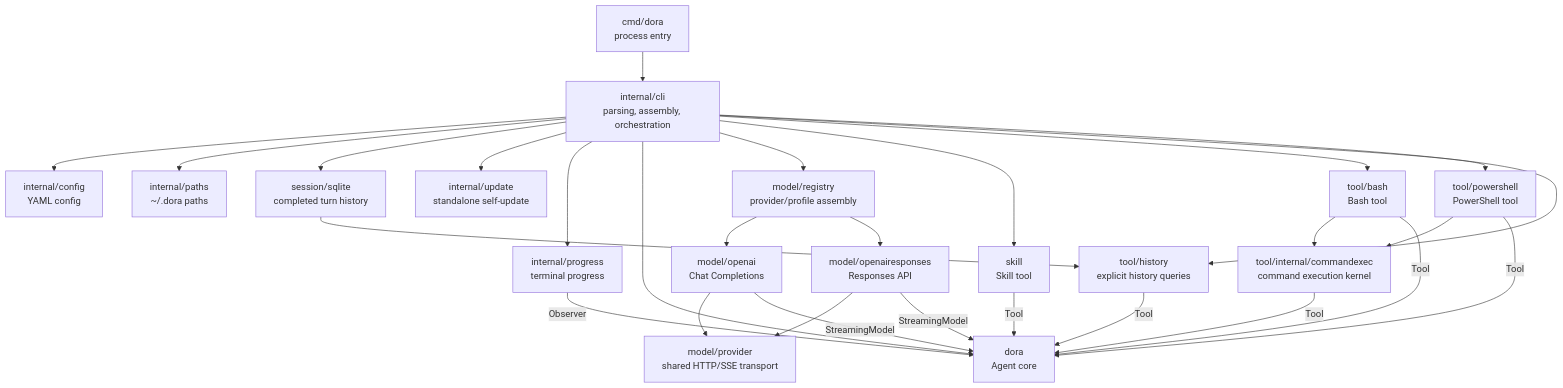
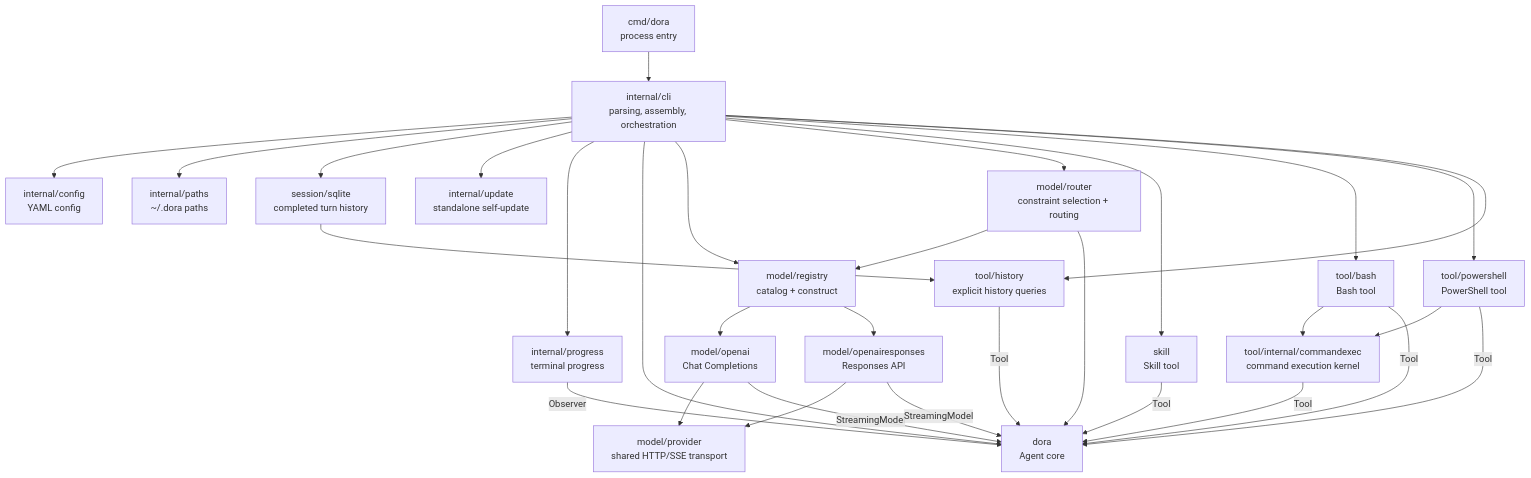
Before and after one commit to lgxz/dora: the first of 2 diagrams in docs/architecture.md, drawn with Mermaid. The commit also changed other lines of this file and 1 other file, not shown here.

First line of the commit message:
docs: update architecture and example for router/policy/session

````diff
--- a/docs/architecture.md
+++ b/docs/architecture.md
@@ -17,33 +17,36 @@
 ```mermaid
 flowchart TD
     Main["cmd/dora<br/>process entry"] --> CLI["internal/cli<br/>parsing, assembly, orchestration"]
 
     CLI --> Config["internal/config<br/>YAML config"]
     CLI --> Paths["internal/paths<br/>~/.dora paths"]
     CLI --> Session["session/sqlite<br/>completed turn history"]
     CLI --> Update["internal/update<br/>standalone self-update"]
     CLI --> Progress["internal/progress<br/>terminal progress"]
     CLI --> Core["dora<br/>Agent core"]
-    CLI --> Registry["model/registry<br/>provider/profile assembly"]
+    CLI --> Registry["model/registry<br/>catalog + construct"]
+    CLI --> Router["model/router<br/>constraint selection + routing"]
     CLI --> Skill["skill<br/>Skill tool"]
     CLI --> Bash["tool/bash<br/>Bash tool"]
     CLI --> PowerShell["tool/powershell<br/>PowerShell tool"]
     CLI --> History["tool/history<br/>explicit history queries"]
 
     Registry --> OpenAI["model/openai<br/>Chat Completions"]
     Registry --> Responses["model/openairesponses<br/>Responses API"]
+    Router --> Registry
+    Router --> Core
     OpenAI --> Provider["model/provider<br/>shared HTTP/SSE transport"]
     Responses --> Provider
     Bash --> CommandExec["tool/internal/commandexec<br/>command execution kernel"]
     PowerShell --> CommandExec
 
     OpenAI -->|"StreamingModel"| Core
     Responses -->|"StreamingModel"| Core
     Skill -->|"Tool"| Core
     Bash -->|"Tool"| Core
     PowerShell -->|"Tool"| Core
     CommandExec -->|"Tool"| Core
     Progress -->|"Observer"| Core
     Session --> History
     History -->|"Tool"| Core
 ```
````
